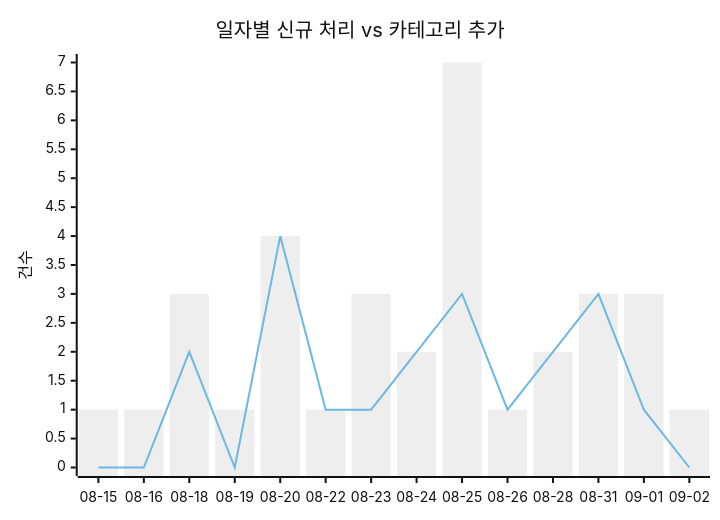
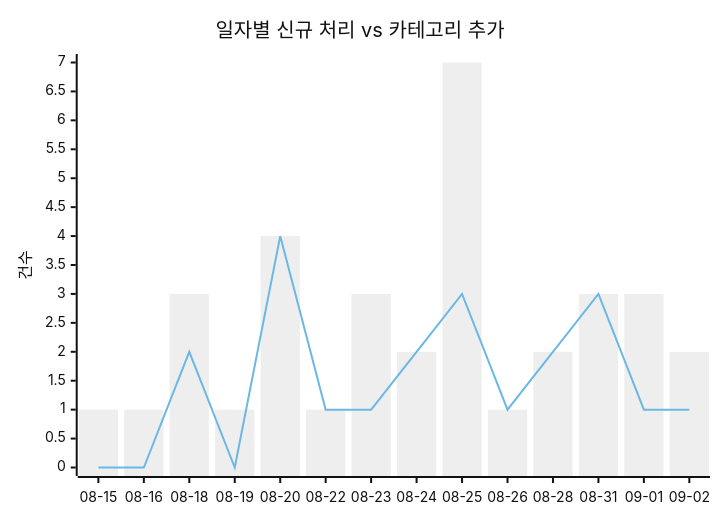
One commit to J-nowcow/awesome-korean-agent-skills changed the first of 2 diagrams in docs/trends.md. Above: the diagram before and after it, drawn with Mermaid (neutral theme). The commit also changed other lines of this file and 3 other files, not shown here.

````diff
--- a/docs/trends.md
+++ b/docs/trends.md
@@ -32,8 +32,8 @@
 ```mermaid
 xychart-beta
     title "일자별 신규 처리 vs 카테고리 추가"
     x-axis ["08-15","08-16","08-18","08-19","08-20","08-22","08-23","08-24","08-25","08-26","08-28","08-31","09-01","09-02"]
     y-axis "건수"
-    bar [1,1,3,1,4,1,3,2,7,1,2,3,3,1]
-    line [0,0,2,0,4,1,1,2,3,1,2,3,1,0]
+    bar [1,1,3,1,4,1,3,2,7,1,2,3,3,2]
+    line [0,0,2,0,4,1,1,2,3,1,2,3,1,1]
 ```
````
